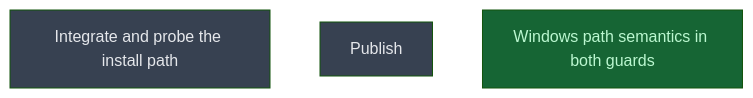
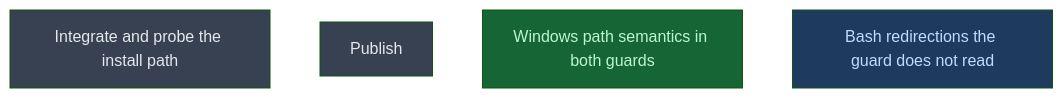
One commit to CrackingShells/Murmuration changed the diagram in __roadmap__/claude_code_release/next/next/README.md. Above: the diagram before and after it, drawn with Mermaid (forest theme). The commit also changed other lines of this file and 1 other file, not shown here.

Commit message:
docs(roadmap): amendment A2, Bash redirections the guard does not read

````diff
--- a/__roadmap__/claude_code_release/next/next/README.md
+++ b/__roadmap__/claude_code_release/next/next/README.md
@@ -16,11 +16,12 @@
 ```mermaid
 graph TD
     integrate[Integrate and probe the install path]:::planned
     next[Publish]:::planned
     windows_paths[Windows path semantics in both guards]:::done
+    posix_redirects[Bash redirections the guard does not read]:::amendment
     classDef done       fill:#166534,color:#bbf7d0
     classDef inprogress fill:#854d0e,color:#fef08a
     classDef planned    fill:#374151,color:#e5e7eb
     classDef amendment  fill:#1e3a5f,color:#bfdbfe
     classDef blocked    fill:#7f1d1d,color:#fecaca
 ```
````
